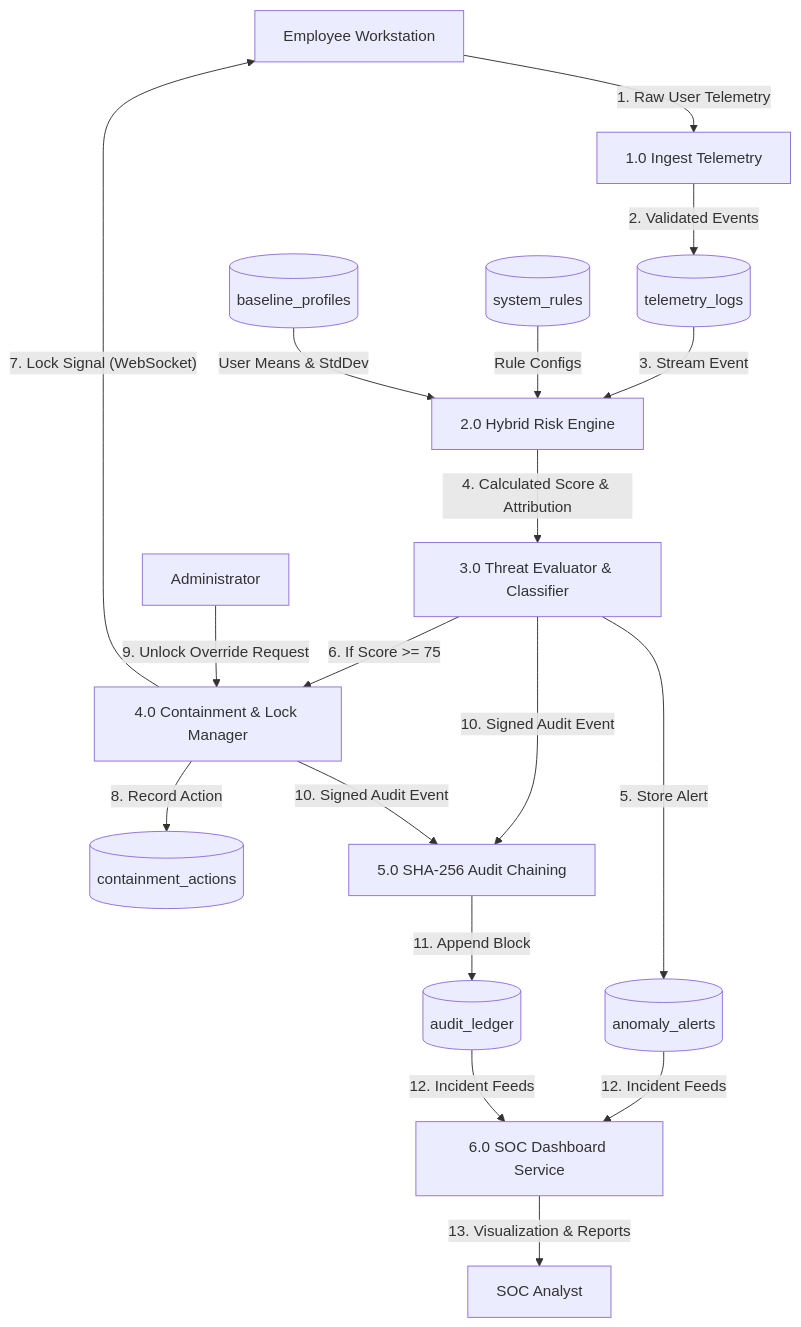
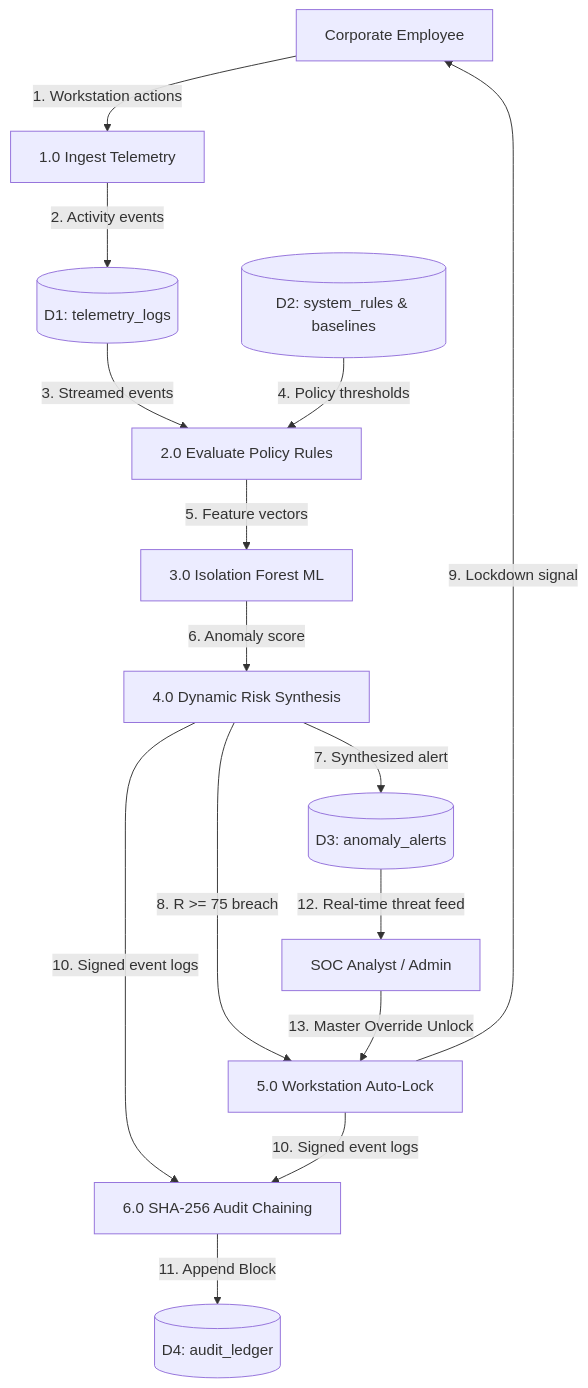
Before and after one commit to Prathik-001/MCA-major-projrct: the fourth of 5 diagrams in docs/MAJOR_PROJECT_SRS.md, drawn with Mermaid. The commit also changed other lines of this file and 4 other files, not shown here.

Commit message:
docs: add Level 0 and Level 1 Data Flow Diagrams (DFD)

````diff
--- a/docs/MAJOR_PROJECT_SRS.md
+++ b/docs/MAJOR_PROJECT_SRS.md
@@ -391,25 +388,21 @@
 ```mermaid
 flowchart TD
-    User["Employee Workstation"] -->|"1. Raw User Telemetry"| P1["1.0 Ingest Telemetry"]
-    P1 -->|"2. Validated Events"| DS1[("telemetry_logs")]
+    User["Corporate Employee"] -->|"1. Workstation actions"| P1["1.0 Ingest Telemetry"]
+    P1 -->|"2. Activity events"| DS1[("D1: telemetry_logs")]
 
-    DS1 -->|"3. Stream Event"| P2["2.0 Hybrid Risk Engine"]
+    DS1 -->|"3. Streamed events"| P2["2.0 Evaluate Policy Rules"]
+    DS2[("D2: system_rules & baselines")] -->|"4. Policy thresholds"| P2
     
-    DS2[("system_rules")] -->|"Rule Configs"| P2
-    DS3[("baseline_profiles")] -->|"User Means & StdDev"| P2
-    
-    P2 -->|"4. Calculated Score & Attribution"| P3["3.0 Threat Evaluator & Classifier"]
-    P3 -->|"5. Store Alert"| DS4[("anomaly_alerts")]
+    P2 -->|"5. Feature vectors"| P3["3.0 Isolation Forest ML"]
+    P3 -->|"6. Anomaly score"| P4["4.0 Dynamic Risk Synthesis"]
 
-    P3 -->|"6. If Score >= 75"| P4["4.0 Containment & Lock Manager"]
-    P4 -->|"7. Lock Signal (WebSocket)"| User
-    P4 -->|"8. Record Action"| DS5[("containment_actions")]
+    P4 -->|"7. Synthesized alert"| DS3[("D3: anomaly_alerts")]
+    P4 -->|"8. R >= 75 breach"| P5["5.0 Workstation Auto-Lock"]
+    P5 -->|"9. Lockdown signal"| User
 
-    Admin["Administrator"] -->|"9. Unlock Override Request"| P4
-    
-    P3 & P4 -->|"10. Signed Audit Event"| P5["5.0 SHA-256 Audit Chaining"]
-    P5 -->|"11. Append Block"| DS6[("audit_ledger")]
+    P4 & P5 -->|"10. Signed event logs"| P6["6.0 SHA-256 Audit Chaining"]
+    P6 -->|"11. Append Block"| DS4[("D4: audit_ledger")]
 
-    DS4 & DS6 -->|"12. Incident Feeds"| P6["6.0 SOC Dashboard Service"]
-    P6 -->|"13. Visualization & Reports"| Analyst["SOC Analyst"]
+    DS3 -->|"12. Real-time threat feed"| Analyst["SOC Analyst / Admin"]
+    Analyst -->|"13. Master Override Unlock"| P5
 ```
````
